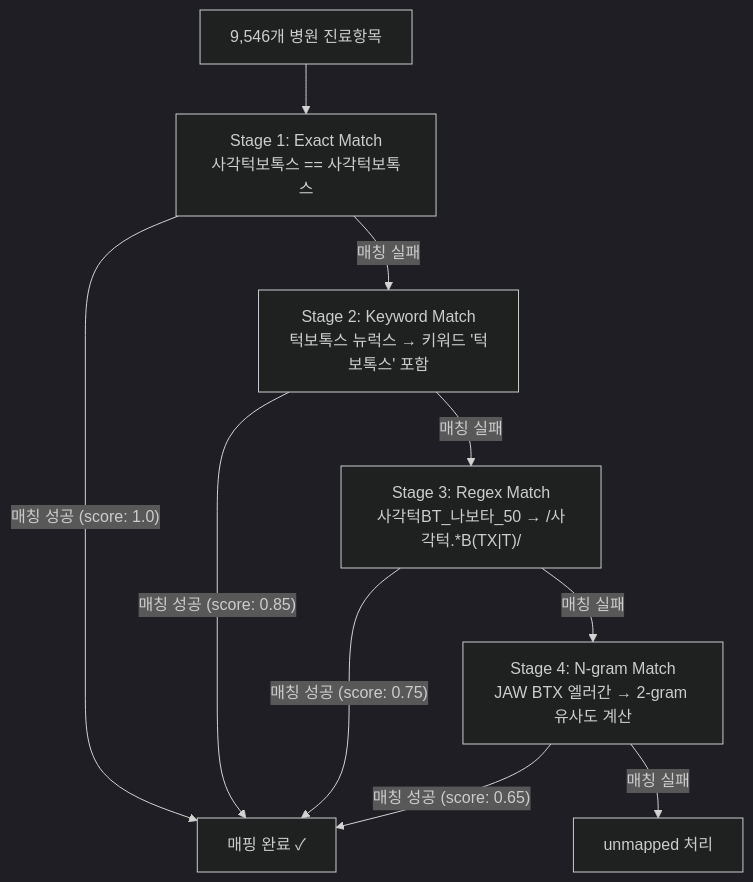
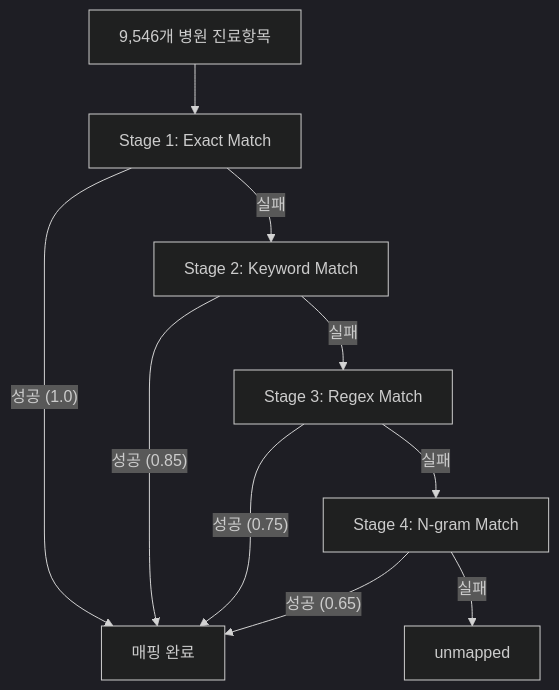
One commit to anjeongkyun/blog-migrator changed the diagram in cmovovsug000002jxegy24ead.md. Above: the diagram before and after it, drawn with Mermaid (dark theme). The commit also changed other lines of this file, not shown here.

````diff
--- a/cmovovsug000002jxegy24ead.md
+++ b/cmovovsug000002jxegy24ead.md
@@ -66,20 +66,20 @@
 ```mermaid
 flowchart TD
     Input["9,546개 병원 진료항목"]
-    S1["Stage 1: Exact Match\n사각턱보톡스 == 사각턱보톡스"]
-    S2["Stage 2: Keyword Match\n턱보톡스 뉴럭스 → 키워드 '턱보톡스' 포함"]
-    S3["Stage 3: Regex Match\n사각턱BT_나보타_50 → /사각턱.*B(TX|T)/"]
-    S4["Stage 4: N-gram Match\nJAW BTX 엘러간 → 2-gram 유사도 계산"]
-    Mapped["매핑 완료 ✓"]
-    Unmapped["unmapped 처리"]
+    S1["Stage 1: Exact Match"]
+    S2["Stage 2: Keyword Match"]
+    S3["Stage 3: Regex Match"]
+    S4["Stage 4: N-gram Match"]
+    Mapped["매핑 완료"]
+    Unmapped["unmapped"]
 
     Input --> S1
-    S1 -->|"매칭 성공 (score: 1.0)"| Mapped
-    S1 -->|매칭 실패| S2
-    S2 -->|"매칭 성공 (score: 0.85)"| Mapped
-    S2 -->|매칭 실패| S3
-    S3 -->|"매칭 성공 (score: 0.75)"| Mapped
-    S3 -->|매칭 실패| S4
-    S4 -->|"매칭 성공 (score: 0.65)"| Mapped
-    S4 -->|매칭 실패| Unmapped
+    S1 -->|"성공 (1.0)"| Mapped
+    S1 -->|실패| S2
+    S2 -->|"성공 (0.85)"| Mapped
+    S2 -->|실패| S3
+    S3 -->|"성공 (0.75)"| Mapped
+    S3 -->|실패| S4
+    S4 -->|"성공 (0.65)"| Mapped
+    S4 -->|실패| Unmapped
 ```
````
